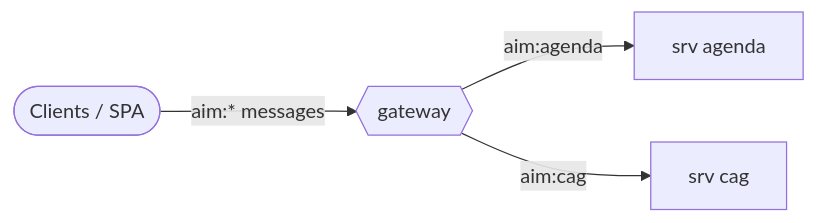
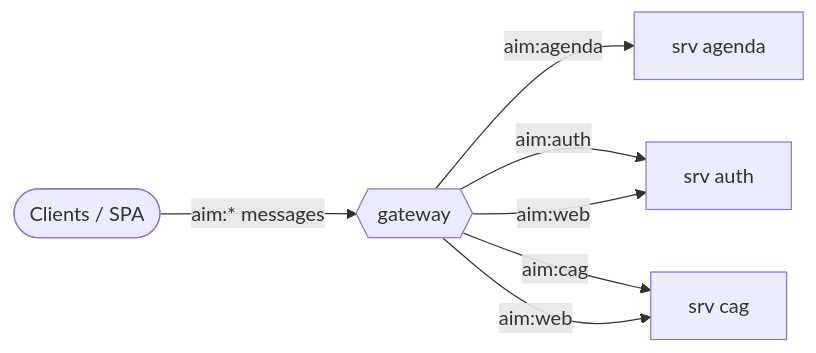
Before and after one commit to voxgig/conf-agenda: the diagram in docs/reference/messages.md, drawn with Mermaid. The commit also changed other lines of this file and 108 other files, not shown here.

````diff
--- a/docs/reference/messages.md
+++ b/docs/reference/messages.md
@@ -11,10 +11,14 @@
 ```mermaid
 flowchart LR
   client([Clients / SPA])
   gateway{{gateway}}
   client -->|aim:* messages| gateway
   agenda[srv agenda]
   gateway -->|aim:agenda| agenda
+  auth[srv auth]
+  gateway -->|aim:auth| auth
+  gateway -->|aim:web| auth
   cag[srv cag]
   gateway -->|aim:cag| cag
+  gateway -->|aim:web| cag
 ```
````
